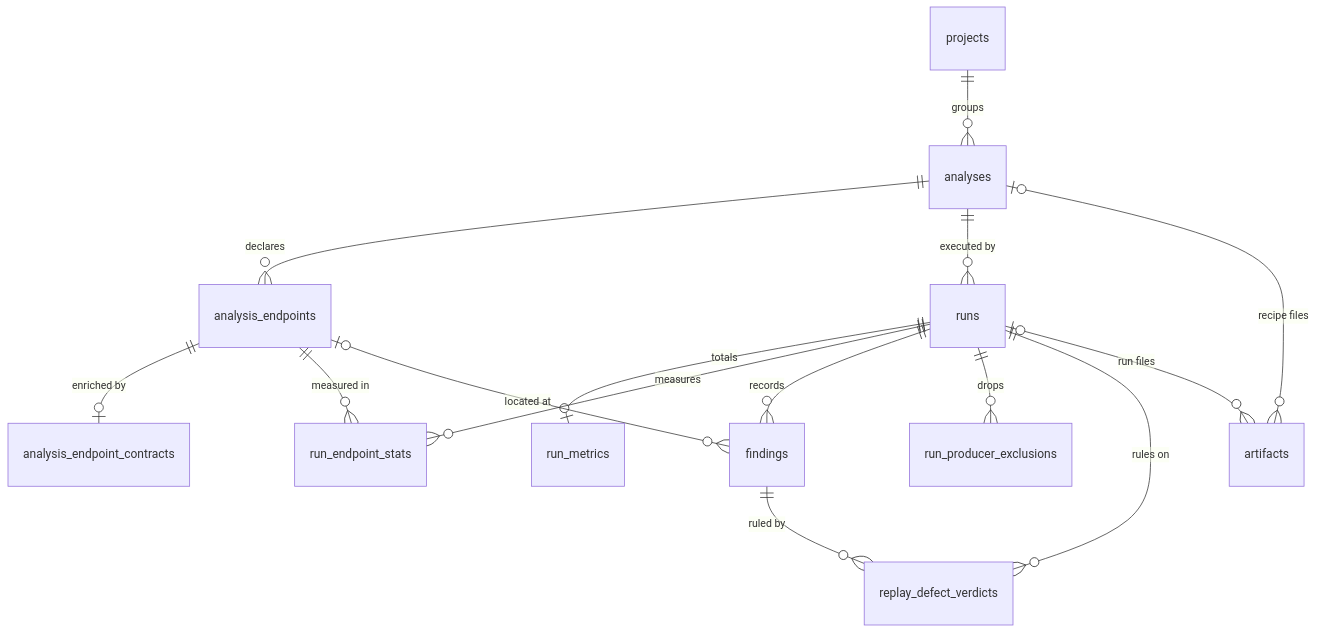
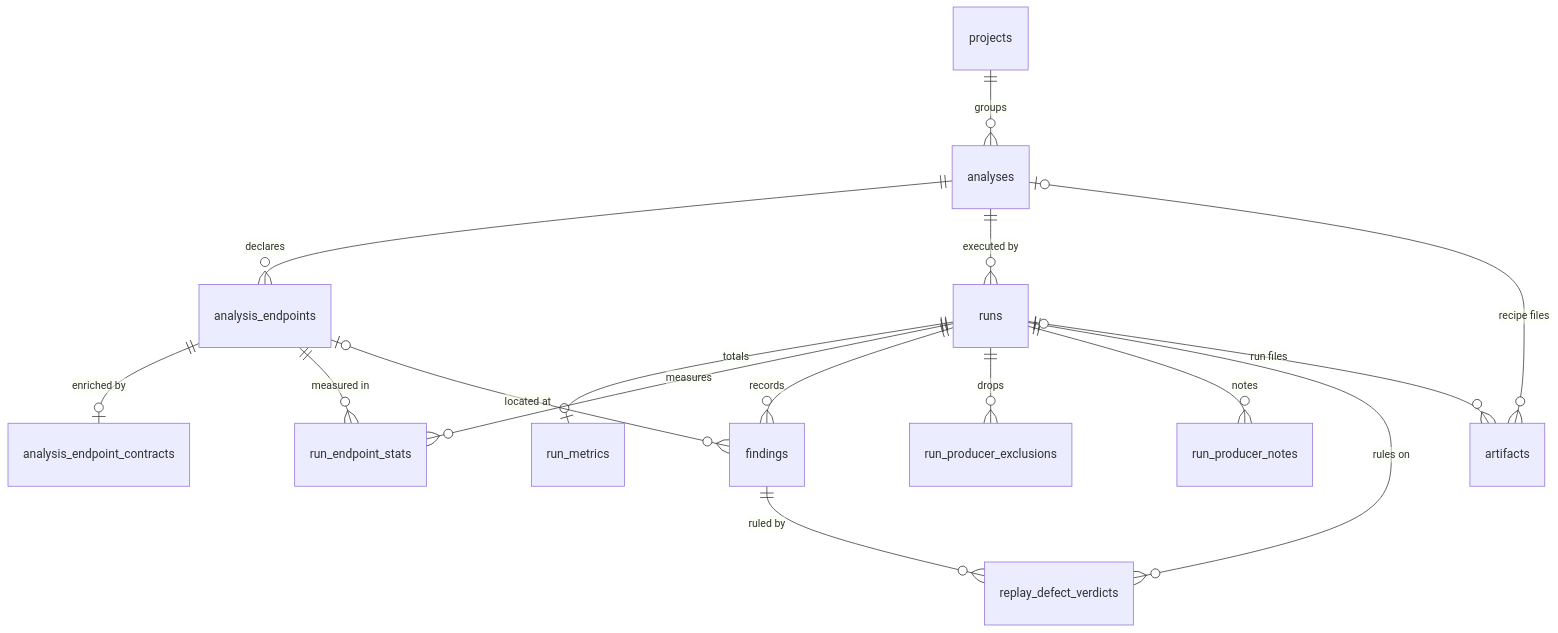
One commit to Spec-Forge-Testing/specforge-docs changed the diagram in docs/modules/storage/data-model.md. Above: the diagram before and after it, drawn with Mermaid. The commit also changed other lines of this file and 3 other files, not shown here.

Commit message:
docs(storage): document run_producer_notes, the new run and endpoint counters, notes_json, and the two new vocabularies' errors

````diff
--- a/docs/modules/storage/data-model.md
+++ b/docs/modules/storage/data-model.md
@@ -14,17 +14,18 @@
 ```mermaid
 erDiagram
     projects ||--o{ analyses : "groups"
     analyses ||--o{ analysis_endpoints : "declares"
     analysis_endpoints ||--o| analysis_endpoint_contracts : "enriched by"
     analyses ||--o{ runs : "executed by"
     runs ||--o| run_metrics : "totals"
     runs ||--o{ run_endpoint_stats : "measures"
     analysis_endpoints ||--o{ run_endpoint_stats : "measured in"
     runs ||--o{ findings : "records"
     analysis_endpoints |o--o{ findings : "located at"
     runs ||--o{ run_producer_exclusions : "drops"
+    runs ||--o{ run_producer_notes : "notes"
     runs ||--o{ replay_defect_verdicts : "rules on"
     findings ||--o{ replay_defect_verdicts : "ruled by"
     analyses |o--o{ artifacts : "recipe files"
     runs |o--o{ artifacts : "run files"
 ```
````
